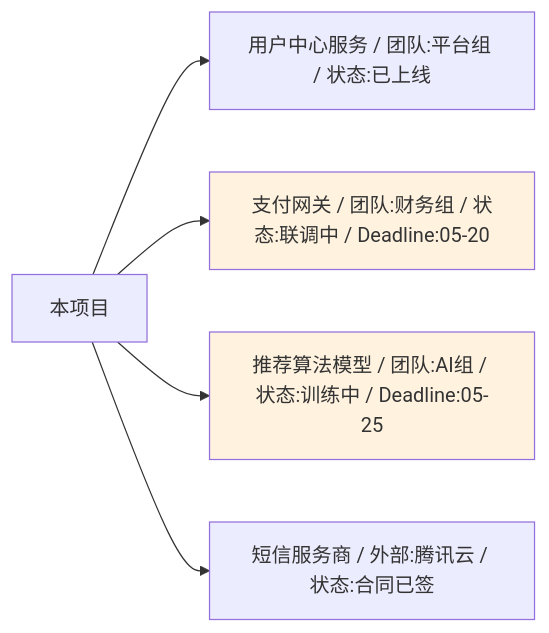
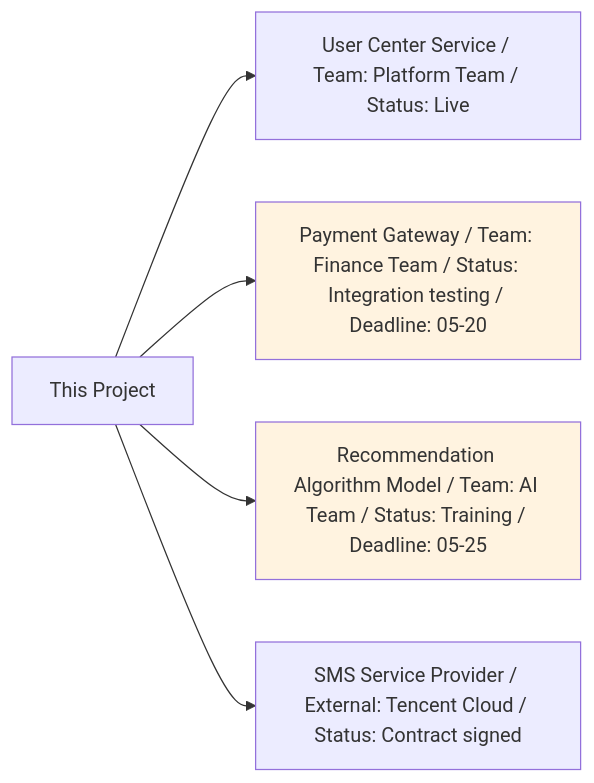
One commit to Kirky-X/cangjie changed diagram 12 of 12 in templates/产品/产品层/【模板】产品需求文档.md. Above: the diagram before and after it, drawn with Mermaid. The commit also changed other lines of this file and 60 other files, not shown here.

````diff
--- a/templates/产品/产品层/【模板】产品需求文档.md
+++ b/templates/产品/产品层/【模板】产品需求文档.md
@@ -631,10 +631,10 @@
 ```mermaid
 graph LR
-    A[本项目] --> B[用户中心服务 / 团队:平台组 / 状态:已上线]
-    A --> C[支付网关 / 团队:财务组 / 状态:联调中 / Deadline:05-20]
-    A --> D[推荐算法模型 / 团队:AI组 / 状态:训练中 / Deadline:05-25]
-    A --> E[短信服务商 / 外部:腾讯云 / 状态:合同已签]
+    A[This Project] --> B[User Center Service / Team: Platform Team / Status: Live]
+    A --> C[Payment Gateway / Team: Finance Team / Status: Integration testing / Deadline: 05-20]
+    A --> D[Recommendation Algorithm Model / Team: AI Team / Status: Training / Deadline: 05-25]
+    A --> E[SMS Service Provider / External: Tencent Cloud / Status: Contract signed]
 
     style C fill:#fff3e0
     style D fill:#fff3e0
 ```
````
